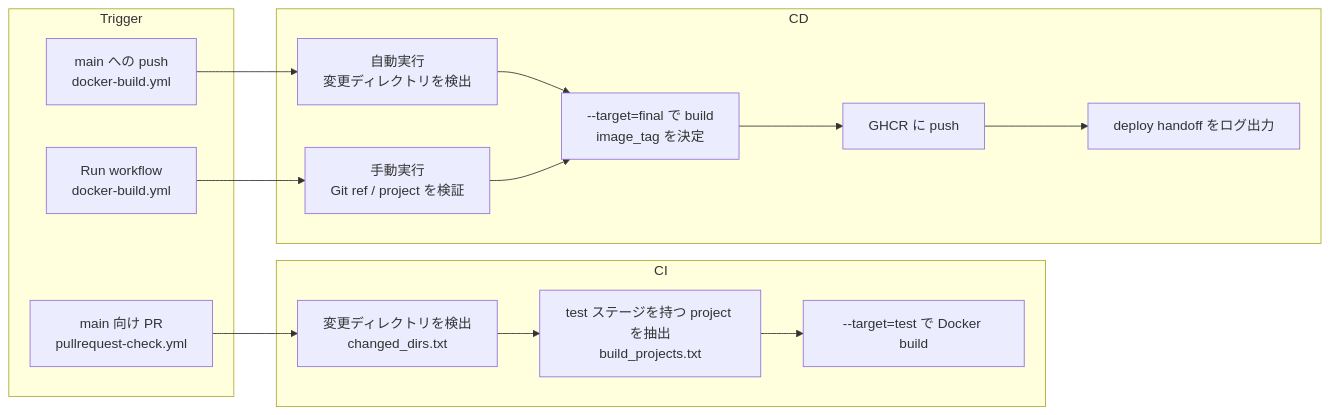
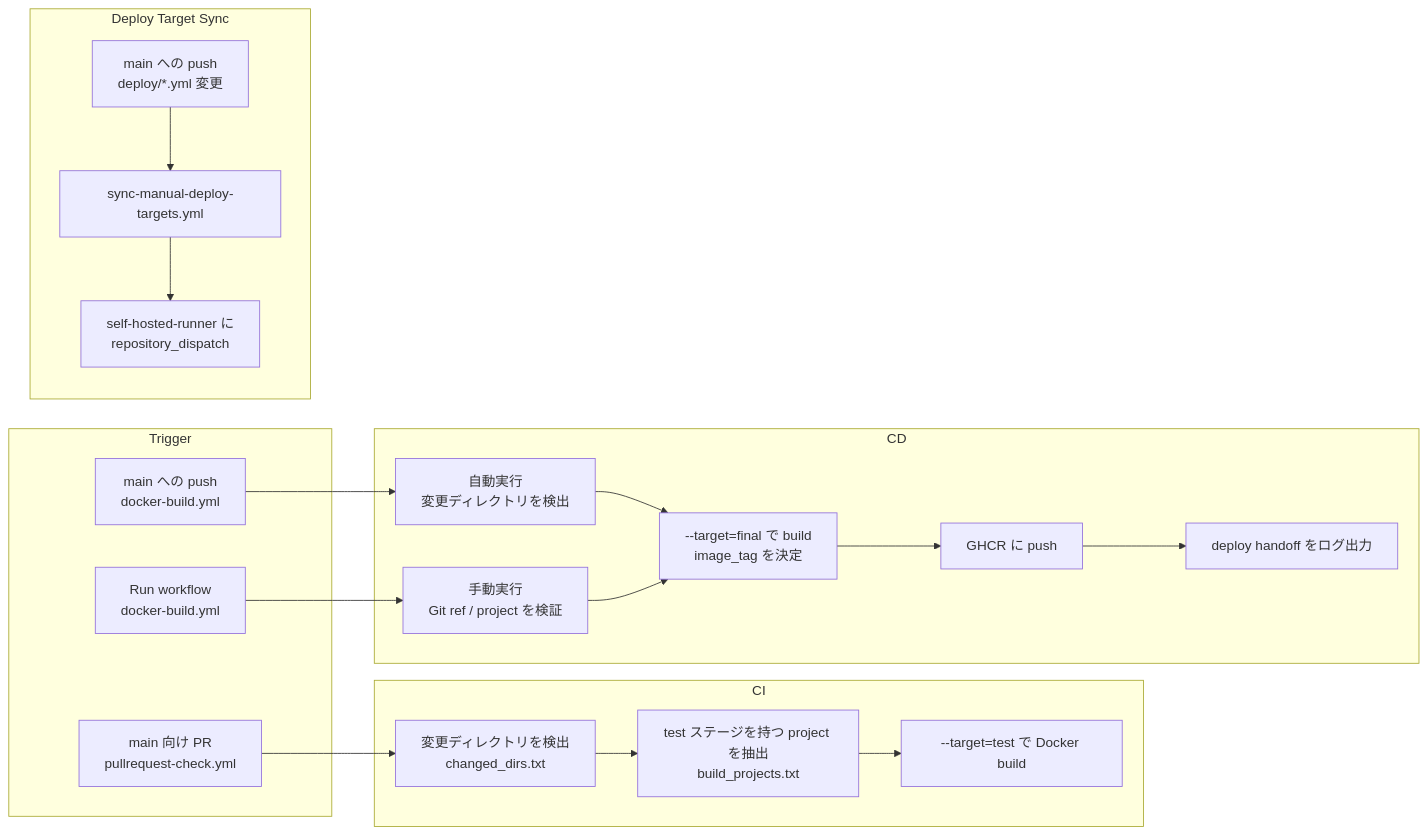
The first of 6 diagrams in docs/about-cicd.md (u7chan/monorepo), drawn with Mermaid before and after one commit. The commit also changed other lines of this file and 3 other files, not shown here.

First line of the commit message:
feat: sync manual deploy targets on deploy changes (#792)

````diff
--- a/docs/about-cicd.md
+++ b/docs/about-cicd.md
@@ -11,34 +12,43 @@
 ```mermaid
 flowchart LR
   subgraph Trigger["Trigger"]
     PR["main 向け PR<br/>pullrequest-check.yml"]
     PUSH["main への push<br/>docker-build.yml"]
     MANUAL["Run workflow<br/>docker-build.yml"]
   end
 
   subgraph CI["CI"]
     CI_DIRS["変更ディレクトリを検出<br/>changed_dirs.txt"]
     CI_PROJECTS["test ステージを持つ project を抽出<br/>build_projects.txt"]
     CI_BUILD["--target=test で Docker build"]
 
     CI_DIRS --> CI_PROJECTS
     CI_PROJECTS --> CI_BUILD
   end
 
   subgraph CD["CD"]
     CD_AUTO["自動実行<br/>変更ディレクトリを検出"]
     CD_MANUAL["手動実行<br/>Git ref / project を検証"]
     CD_BUILD["--target=final で build<br/>image_tag を決定"]
     GHCR["GHCR に push"]
     HANDOFF["deploy handoff をログ出力"]
 
     CD_AUTO --> CD_BUILD
     CD_MANUAL --> CD_BUILD
     CD_BUILD --> GHCR
     GHCR --> HANDOFF
   end
 
+  subgraph SYNC["Deploy Target Sync"]
+    DEPLOY_PUSH["main への push<br/>deploy/*.yml 変更"]
+    DISPATCH["sync-manual-deploy-targets.yml"]
+    SELF_HOSTED["self-hosted-runner に<br/>repository_dispatch"]
+
+    DEPLOY_PUSH --> DISPATCH
+    DISPATCH --> SELF_HOSTED
+  end
+
   PR --> CI_DIRS
   PUSH --> CD_AUTO
   MANUAL --> CD_MANUAL
 ```
````
